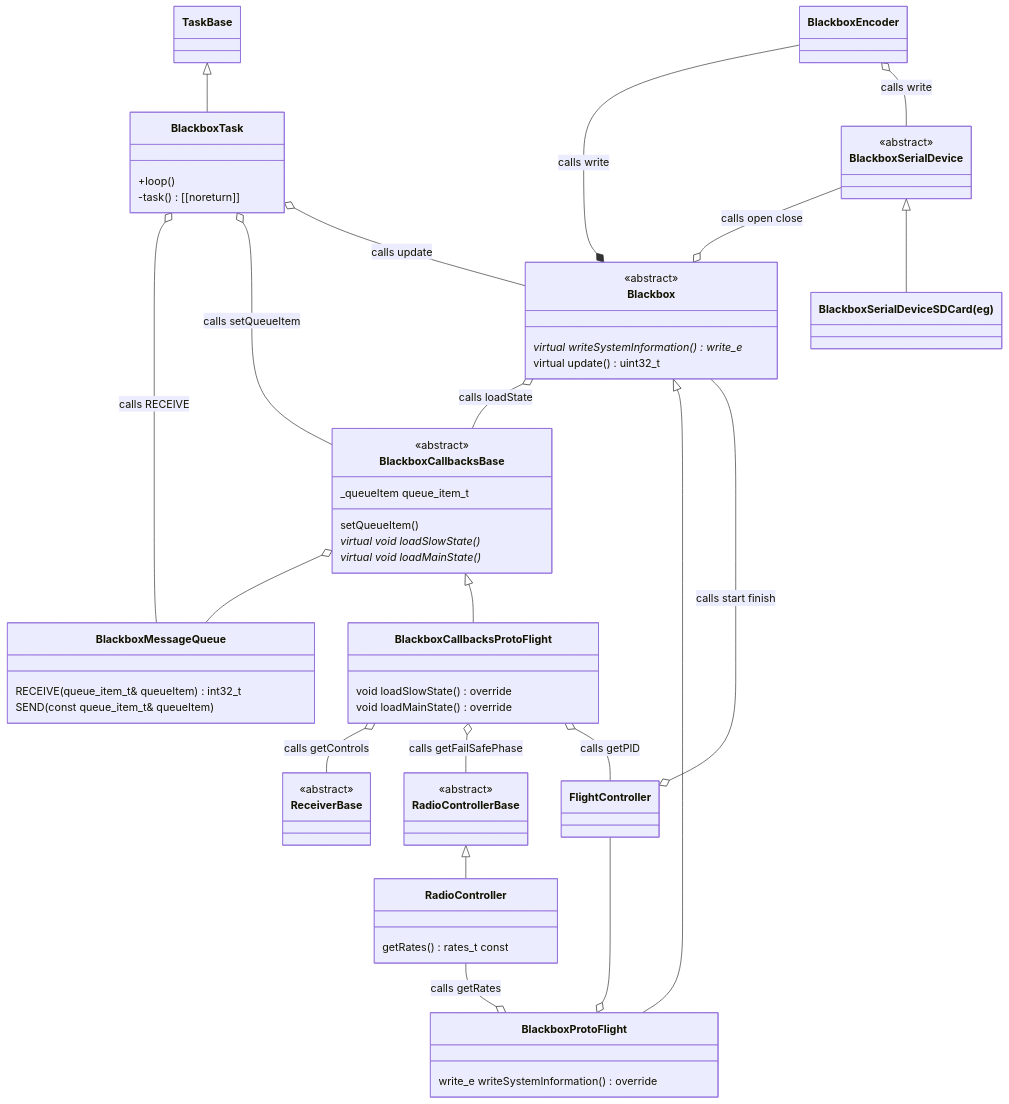
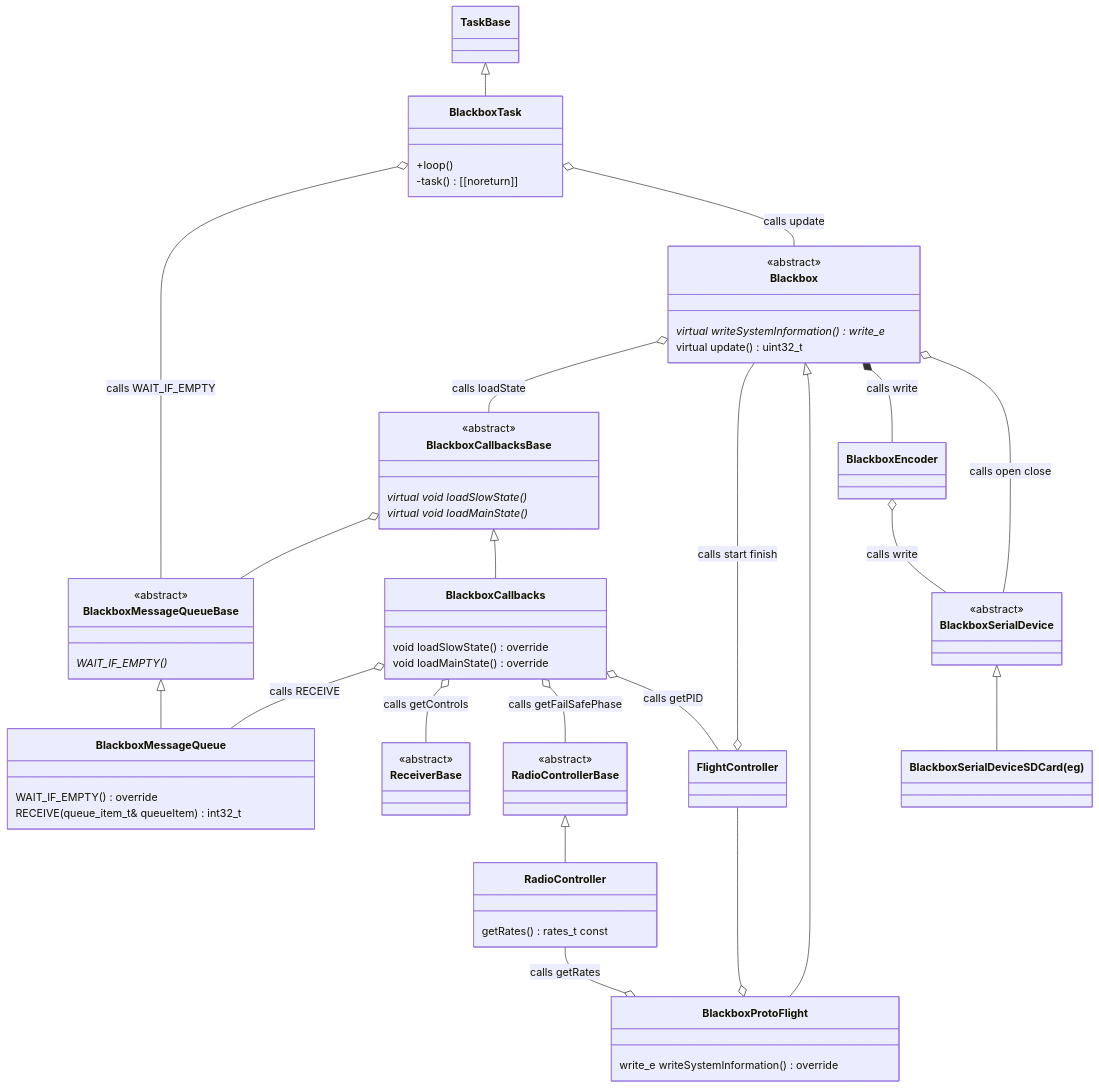
The third of 5 diagrams in README.md (martinbudden/Protoflight), drawn with Mermaid before and after one commit. The commit also changed other lines of this file and 7 other files, not shown here.

Commit message:
Improved Blackbox message queue handling.

````diff
--- a/README.md
+++ b/README.md
@@ -541,73 +541,84 @@
         virtual update() uint32_t
     }
 
+    class BlackboxCallbacks {
+        void loadSlowState() override
+        void loadMainState() override
+    }
+    class BlackboxMessageQueueBase {
+        <<abstract>>
+        WAIT_IF_EMPTY() *
+    }
     class BlackboxMessageQueue {
+        WAIT_IF_EMPTY() override
         RECEIVE(queue_item_t& queueItem) int32_t
-        SEND(const queue_item_t& queueItem)
     }
+
     class RadioControllerBase {
         <<abstract>>
     }
-    RadioControllerBase <|-- RadioController
     class RadioController {
         getRates() rates_t  const
     }
+    class ReceiverBase {
+        <<abstract>>
+    }
+    class FlightController {
+    }
 
-    %%Blackbox <|-- BlackboxProtoFlight
     class BlackboxProtoFlight {
         write_e writeSystemInformation() override
     }
 
     class BlackboxCallbacksBase {
         <<abstract>>
-        _queueItem queue_item_t
-        setQueueItem()
         virtual void loadSlowState() *
         virtual void loadMainState() *
     }
-    class BlackboxCallbacksProtoFlight {
-        void loadSlowState() override
-        void loadMainState() override
-    }
 
-    class ReceiverBase {
+
+    class BlackboxSerialDevice {
         <<abstract>>
     }
+    class BlackboxSerialDeviceSDCard["BlackboxSerialDeviceSDCard(eg)"]
 
     Blackbox o-- BlackboxCallbacksBase : calls loadState
+
+    %%BlackboxEncoder --* Blackbox : calls write
+    %%BlackboxSerialDevice --o Blackbox : calls open close
+    Blackbox --o FlightController : calls start finish
     Blackbox <|-- BlackboxProtoFlight
-    BlackboxEncoder --* Blackbox : calls write
-    BlackboxSerialDevice --o Blackbox : calls open close
+    Blackbox *-- BlackboxEncoder : calls write
+    Blackbox o-- BlackboxSerialDevice : calls open close
     BlackboxEncoder o-- BlackboxSerialDevice : calls write
+    BlackboxSerialDevice <|-- BlackboxSerialDeviceSDCard
 
 
-    BlackboxCallbacksBase o-- BlackboxMessageQueue
-    BlackboxCallbacksProtoFlight o-- ReceiverBase : calls getControls
-    BlackboxCallbacksProtoFlight o-- RadioControllerBase : calls getFailSafePhase
-    BlackboxCallbacksProtoFlight o-- FlightController : calls getPID
-    %%FlightController --o BlackboxCallbacksProtoFlight 
+    BlackboxCallbacksBase o-- BlackboxMessageQueueBase
+    BlackboxMessageQueueBase <|-- BlackboxMessageQueue
+    %%BlackboxMessageQueue --|> BlackboxMessageQueueBase
+    %%BlackboxMessageQueue --o BlackboxCallbacks : calls RECEIVE
+    RadioControllerBase <|-- RadioController
+    BlackboxCallbacks o-- BlackboxMessageQueue : calls RECEIVE
+    BlackboxCallbacks o-- ReceiverBase : calls getControls
+    BlackboxCallbacks o-- RadioControllerBase : calls getFailSafePhase
+    BlackboxCallbacks o-- FlightController : calls getPID
+    %%FlightController --o BlackboxCallbacks 
     %%FlightController o-- Blackbox : calls start finish
-    Blackbox --o FlightController : calls start finish
-    BlackboxCallbacksBase <|-- BlackboxCallbacksProtoFlight
-    %%BlackboxCallbacksProtoFlight --|> BlackboxCallbacksBase
+    BlackboxCallbacksBase <|-- BlackboxCallbacks
+    %%BlackboxCallbacks --|> BlackboxCallbacksBase
 
     FlightController --o BlackboxProtoFlight
     %%Blackbox --o FlightController
     %%BlackboxProtoFlight o-- FlightController
     RadioController --o BlackboxProtoFlight : calls getRates
 
-    class BlackboxSerialDevice {
-        <<abstract>>
-    }
-    class BlackboxSerialDeviceSDCard["BlackboxSerialDeviceSDCard(eg)"]
-    BlackboxSerialDevice <|-- BlackboxSerialDeviceSDCard
 
     TaskBase <|-- BlackboxTask
     class BlackboxTask {
         +loop()
         -task() [[noreturn]]
     }
-    BlackboxTask o-- BlackboxMessageQueue : calls RECEIVE
-    BlackboxTask o-- BlackboxCallbacksBase : calls setQueueItem
+    BlackboxTask o-- BlackboxMessageQueueBase : calls WAIT_IF_EMPTY
     BlackboxTask o-- Blackbox : calls update
 ```
````
